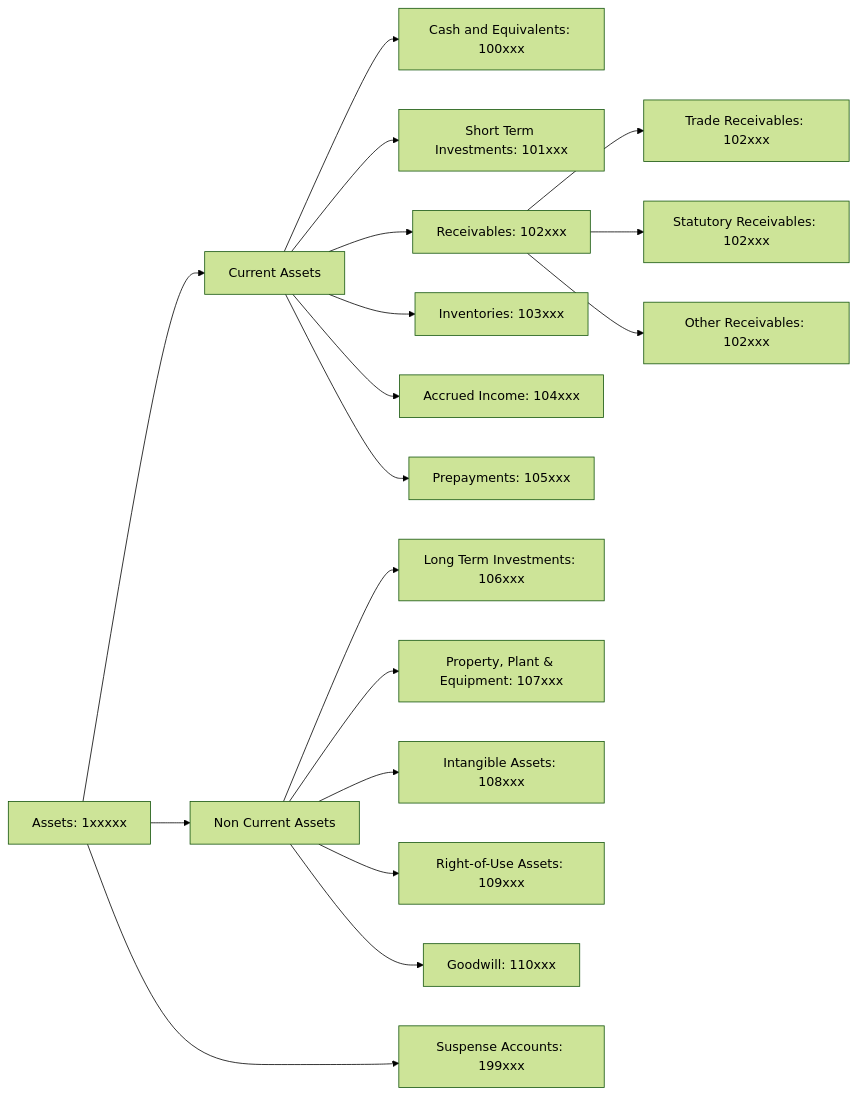
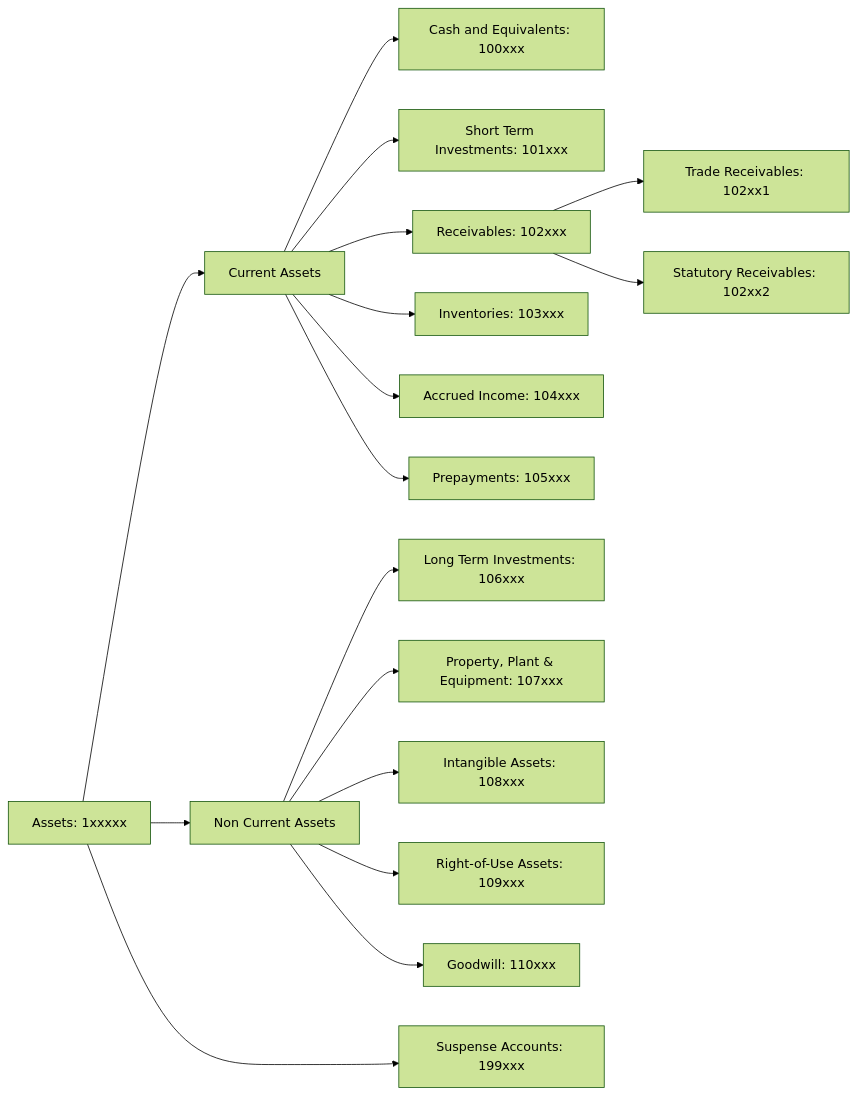
The diagram in src/domain/accounting/__doc__/assets/coa-assets.mermaid (oosahon/ledgernova-core), drawn with Mermaid (forest theme) before and after one commit. The commit also changed 16 other files, not shown here.

```diff
--- a/src/domain/accounting/__doc__/assets/coa-assets.mermaid
+++ b/src/domain/accounting/__doc__/assets/coa-assets.mermaid
@@ -1,27 +1,26 @@
 flowchart LR
     Assets["Assets: 1xxxxx"] --> CAssets & NCAssets & SuspenseAccounts
 
     SuspenseAccounts["Suspense Accounts: 199xxx"]
     CAssets["Current Assets"]  
         CAssets --> Cash["Cash and Equivalents: 100xxx"]
         CAssets --> STInvestments["Short Term Investments: 101xxx"]
         CAssets --> Receivables["Receivables: 102xxx"] 
-            Receivables --> TradeReceivables["Trade Receivables: 102xxx"]
-            Receivables --> StatutoryReceivables["Statutory Receivables: 102xxx"]
-            Receivables --> OtherReceivables["Other Receivables: 102xxx"]
+            Receivables --> TradeReceivables["Trade Receivables: 102xx1"]
+            Receivables --> StatutoryReceivables["Statutory Receivables: 102xx2"]
             
         CAssets --> Inventories["Inventories: 103xxx"]
         CAssets --> AccruedIncome["Accrued Income: 104xxx"]
         CAssets --> Prepayments["Prepayments: 105xxx"]
 
 
       
 
     NCAssets["Non Current Assets"]
         NCAssets --> LTInvestments["Long Term Investments: 106xxx"]
         NCAssets --> PPE["Property, Plant & Equipment: 107xxx"]
         NCAssets --> IntangibleAssets["Intangible Assets: 108xxx"]
         NCAssets --> ROU["Right-of-Use Assets: 109xxx"]
         NCAssets --> Goodwill["Goodwill: 110xxx"]
         
     NCAssets ~~~ SuspenseAccounts
```
